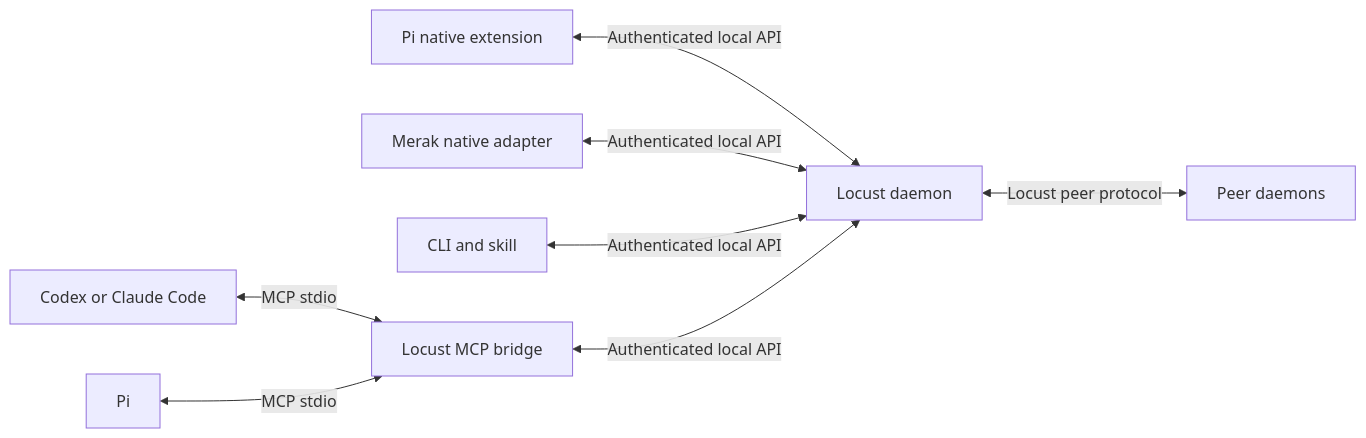
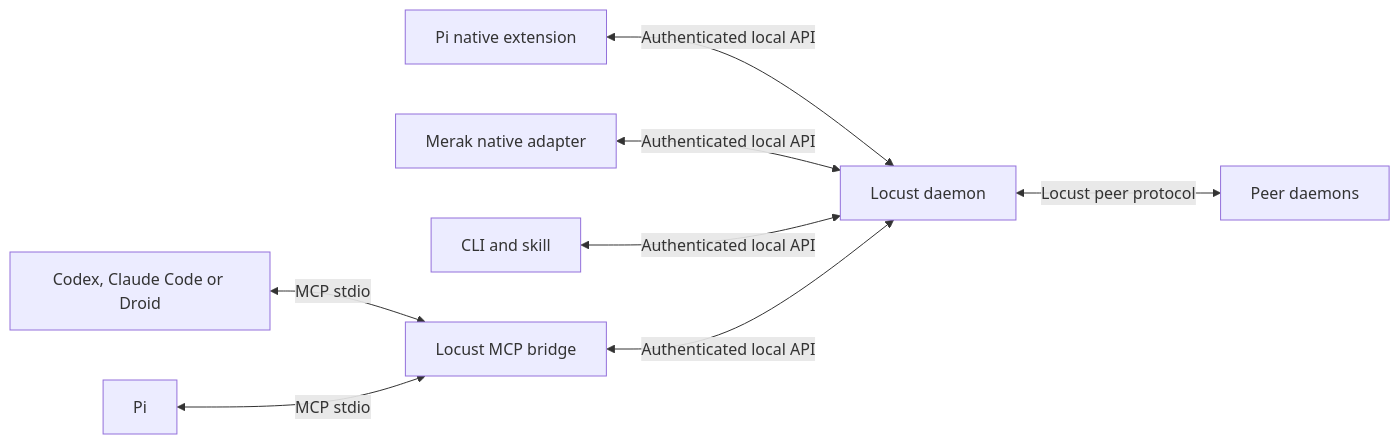
Before and after one commit to andsav/locust.farm: the diagram in research/agent-agnostic-integration.md, drawn with Mermaid. The commit also changed other lines of this file and 5 other files, not shown here.

````diff
--- a/research/agent-agnostic-integration.md
+++ b/research/agent-agnostic-integration.md
@@ -21,10 +23,10 @@
 ```mermaid
 flowchart LR
-    C[Codex or Claude Code] <-->|MCP stdio| M[Locust MCP bridge]
+    C[Codex, Claude Code or Droid] <-->|MCP stdio| M[Locust MCP bridge]
     P[Pi] <-->|MCP stdio| M
     PN[Pi native extension] <-->|Authenticated local API| D[Locust daemon]
     H[Merak native adapter] <-->|Authenticated local API| D
     S[CLI and skill] <-->|Authenticated local API| D
     M <-->|Authenticated local API| D
     D <-->|Locust peer protocol| R[Peer daemons]
 ```
````
